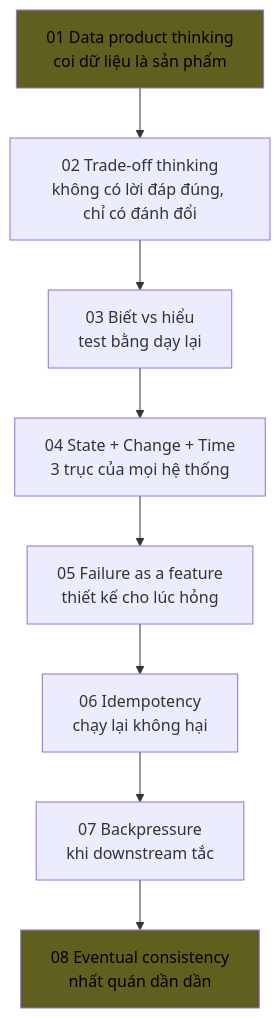
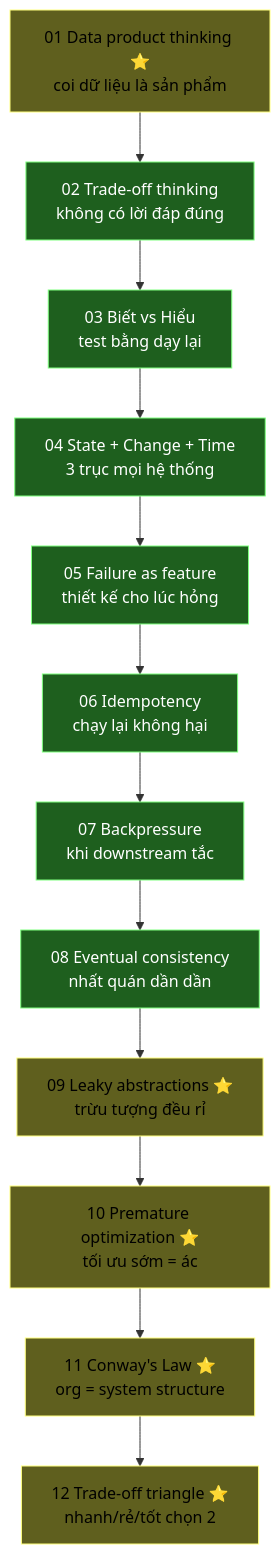
One commit to ankinguyen-engineer-2002/realtime-data-ai-platform-digital-twin changed the diagram in learning/00-mental-models/README.md. Above: the diagram before and after it, drawn with Mermaid. The commit also changed other lines of this file and 1 other file, not shown here.

First line of the commit message:
docs(learning): F00/12 Trade-off triangle — F00 module COMPLETE (12/12)

````diff
--- a/learning/00-mental-models/README.md
+++ b/learning/00-mental-models/README.md
@@ -22,13 +24,23 @@
 ```mermaid
 flowchart TD
-    K1["01 Data product thinking<br/>coi dữ liệu là sản phẩm"] --> K2["02 Trade-off thinking<br/>không có lời đáp đúng, chỉ có đánh đổi"]
-    K2 --> K3["03 Biết vs hiểu<br/>test bằng dạy lại"]
-    K3 --> K4["04 State + Change + Time<br/>3 trục của mọi hệ thống"]
-    K4 --> K5["05 Failure as a feature<br/>thiết kế cho lúc hỏng"]
-    K5 --> K6["06 Idempotency<br/>chạy lại không hại"]
-    K6 --> K7["07 Backpressure<br/>khi downstream tắc"]
-    K7 --> K8["08 Eventual consistency<br/>nhất quán dần dần"]
+    classDef done fill:#1e5f1e,stroke:#7fff7f,color:#fff
+    classDef v2 fill:#5f5f1e,stroke:#ffff7f,color:#000
 
-    style K1 fill:#5f5f1e,color:#000
-    style K8 fill:#5f5f1e,color:#000
+    K1["01 Data product thinking ⭐<br/>coi dữ liệu là sản phẩm"]:::v2
+    K2["02 Trade-off thinking<br/>không có lời đáp đúng"]:::done
+    K3["03 Biết vs Hiểu<br/>test bằng dạy lại"]:::done
+    K4["04 State + Change + Time<br/>3 trục mọi hệ thống"]:::done
+    K5["05 Failure as feature<br/>thiết kế cho lúc hỏng"]:::done
+    K6["06 Idempotency<br/>chạy lại không hại"]:::done
+    K7["07 Backpressure<br/>khi downstream tắc"]:::done
+    K8["08 Eventual consistency<br/>nhất quán dần dần"]:::done
+    K9["09 Leaky abstractions ⭐<br/>trừu tượng đều rỉ"]:::v2
+    K10["10 Premature optimization ⭐<br/>tối ưu sớm = ác"]:::v2
+    K11["11 Conway's Law ⭐<br/>org = system structure"]:::v2
+    K12["12 Trade-off triangle ⭐<br/>nhanh/rẻ/tốt chọn 2"]:::v2
+
+    K1 --> K2 --> K3 --> K4 --> K5 --> K6 --> K7 --> K8
+    K8 --> K9 --> K10 --> K11 --> K12
+
+    classDef legend fill:#3a3a3a,color:#fff
 ```
````
